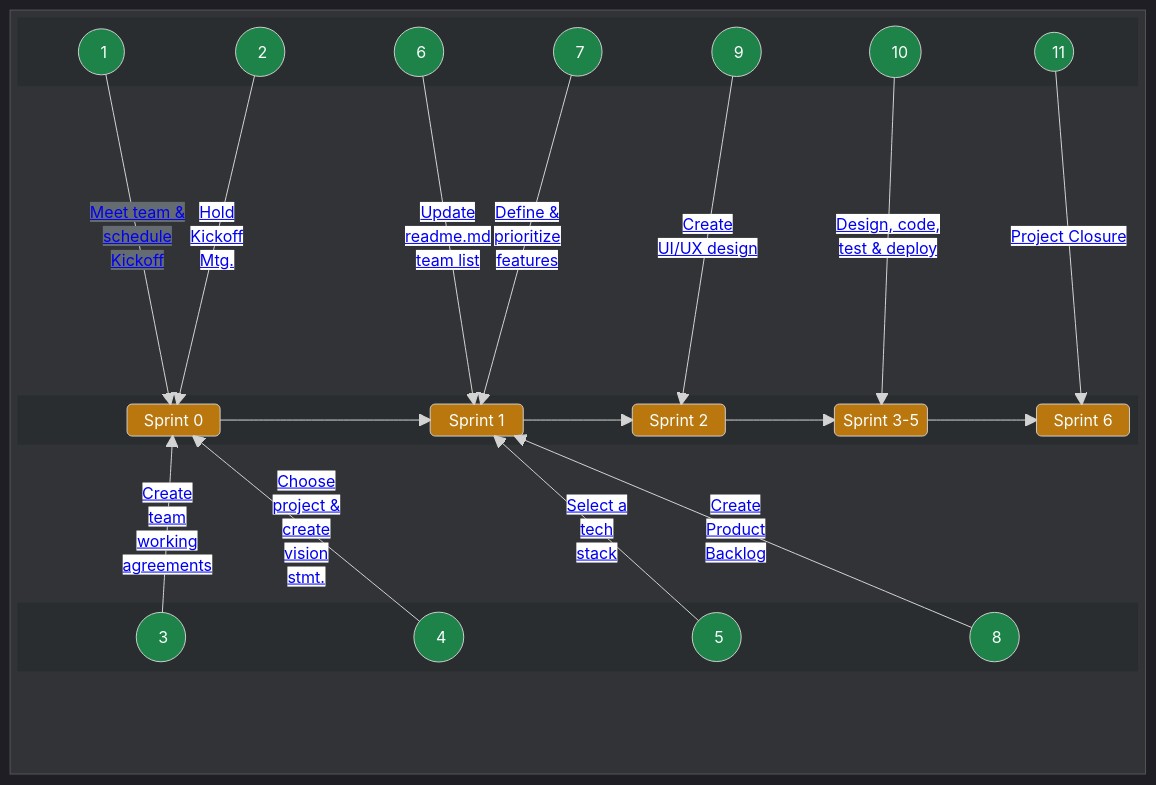
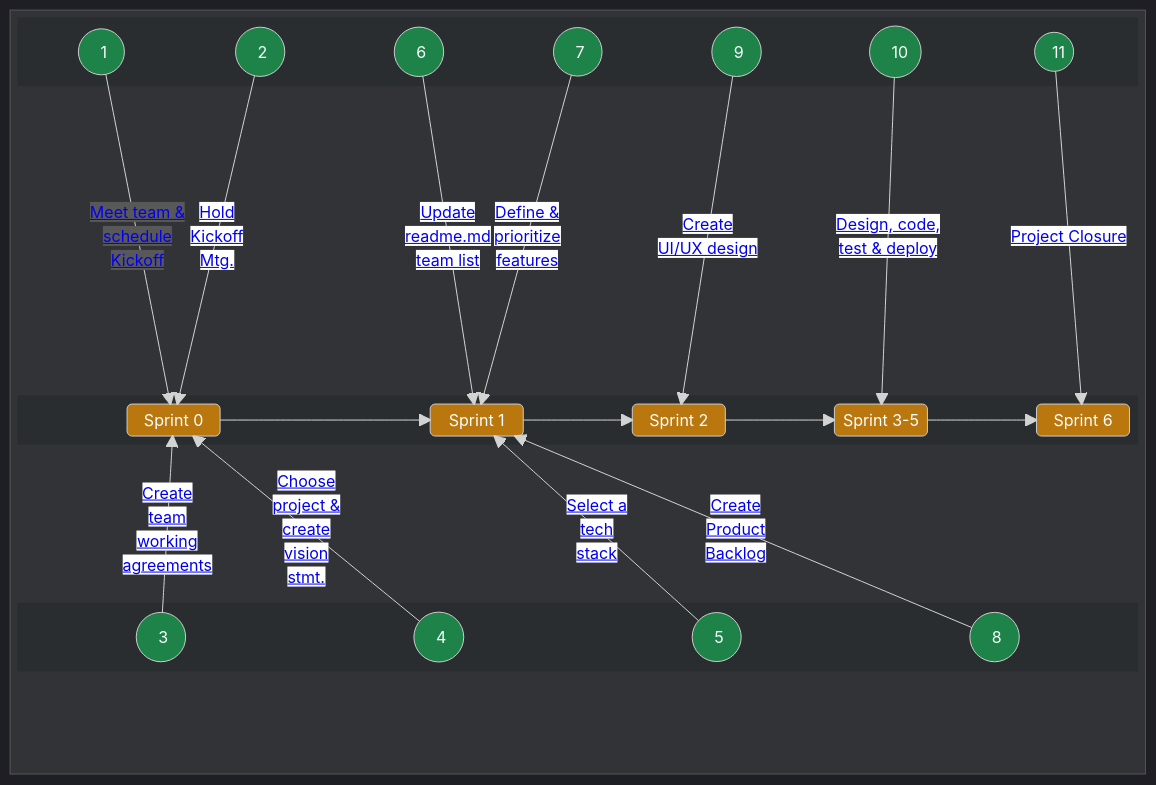
Before and after one commit to chingu-voyages/Handbook: the first of 2 diagrams in docs/guides/voyage/voyage.md, drawn with Mermaid.

Commit message:
Feature: Update sprint diagram task ordering

```diff
--- a/docs/guides/voyage/voyage.md
+++ b/docs/guides/voyage/voyage.md
@@ -108,7 +108,7 @@
       end
       space
 
-      A1 -- "<a style="background-color: #646C71" href="https://github.com/chingu-voyages/Handbook/blob/main/docs/guides/voyage/voyage.md#1-meet-your-team--schedule-kickoff-meeting-">Meet team &</br>schedule</br>Kickoff</a>" --> SPRINT0
+      A1 -- "<a style="background-color: #646C71 color:white" href="https://github.com/chingu-voyages/Handbook/blob/main/docs/guides/voyage/voyage.md#1-meet-your-team--schedule-kickoff-meeting-">Meet team &</br>schedule</br>Kickoff</a>" --> SPRINT0
       A2 -- "<a style="background-color: white" href="https://github.com/chingu-voyages/Handbook/blob/main/docs/guides/voyage/voyage.md#2-conduct-kickoff-meeting-">Hold</br>Kickoff</br>Mtg.</a>" --> SPRINT0
       A3 -- "<a style="background-color: white" href="https://github.com/chingu-voyages/Handbook/blob/main/docs/guides/voyage/voyage.md#3-setup-your-teams-working-agreements-">Create</br>team</br>working</br>agreements</a>" --> SPRINT0
       A4 -- "<a style="background-color: white" href="https://github.com/chingu-voyages/Handbook/blob/main/docs/guides/voyage/voyage.md#4-choose-a-project--create-a-vision-statement-">Choose</br>project &</br>create</br>vision</br>stmt.</a>" --> SPRINT0
```
